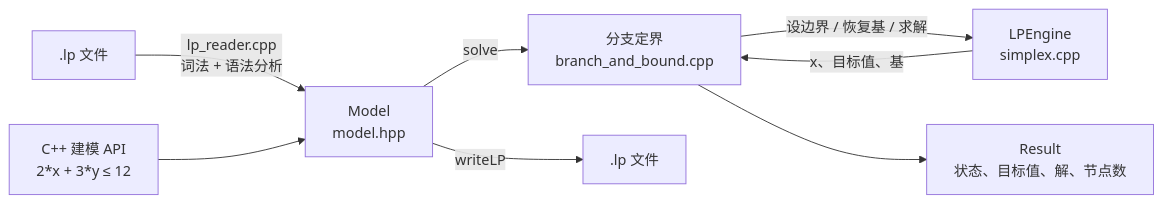
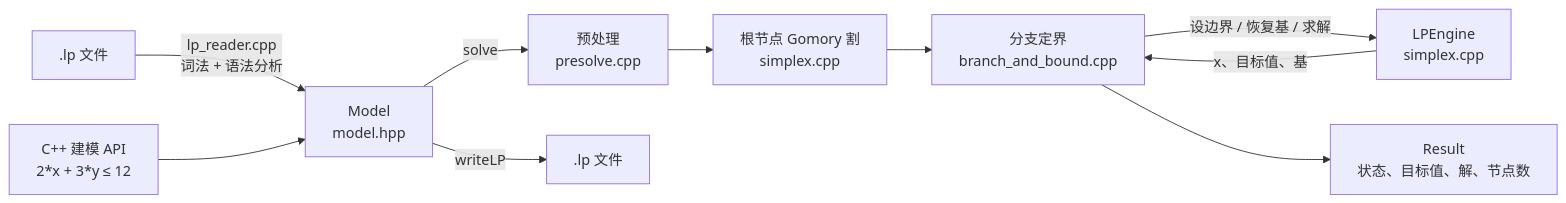
One commit to xudaniel/minicplex changed the first of 2 diagrams in README.md. Above: the diagram before and after it, drawn with Mermaid. The commit also changed other lines of this file and 11 other files, not shown here.

First line of the commit message:
整数规划提速：可靠性分支、根节点 Gomory 割、预处理；修复单纯形表漂移导致的伪解

````diff
--- a/README.md
+++ b/README.md
@@ -135,10 +138,12 @@
 ```mermaid
 flowchart LR
     LP[".lp 文件"] -->|"lp_reader.cpp<br/>词法 + 语法分析"| M["Model<br/>model.hpp"]
     API["C++ 建模 API<br/>2*x + 3*y ≤ 12"] --> M
-    M -->|"solve"| BB["分支定界<br/>branch_and_bound.cpp"]
+    M -->|"solve"| PRE["预处理<br/>presolve.cpp"]
+    PRE --> CUT["根节点 Gomory 割<br/>simplex.cpp"]
+    CUT --> BB["分支定界<br/>branch_and_bound.cpp"]
     BB -->|"设边界 / 恢复基 / 求解"| E["LPEngine<br/>simplex.cpp"]
     E -->|"x、目标值、基"| BB
     BB --> R["Result<br/>状态、目标值、解、节点数"]
     M -->|"writeLP"| OUT[".lp 文件"]
 ```
````
